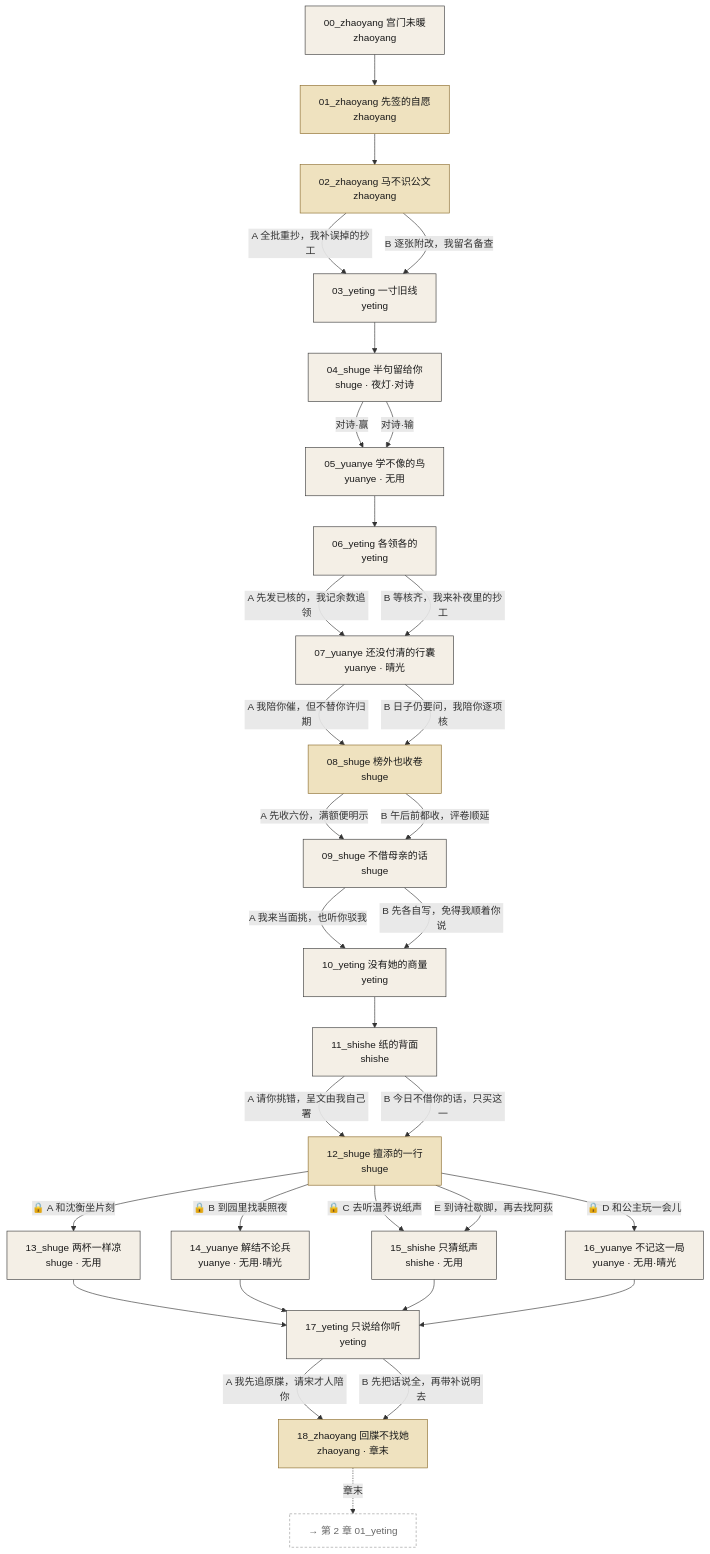
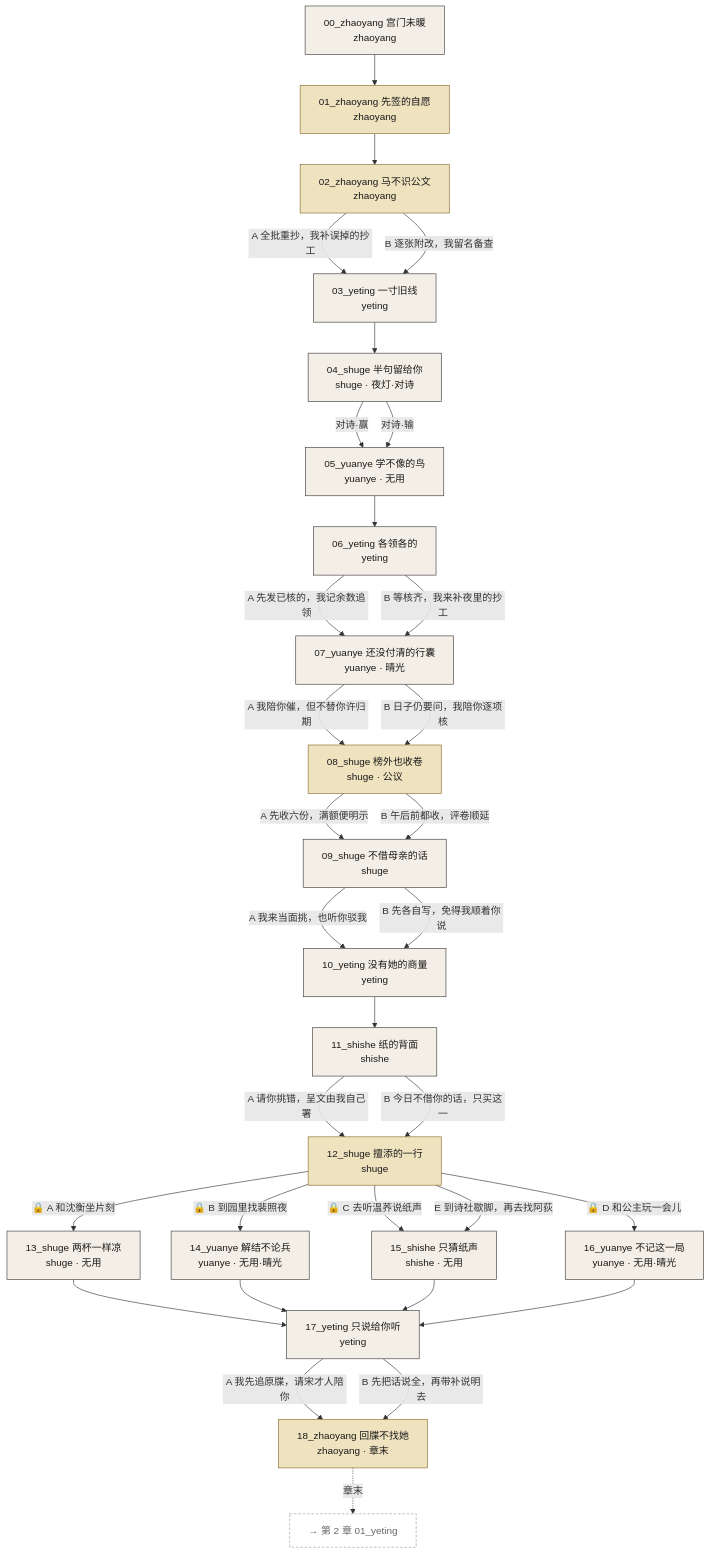
One commit to Yidizhu/wuzetian changed the first of 4 diagrams in docs/story-graph.md. Above: the diagram before and after it, drawn with Mermaid. The commit also changed other lines of this file and 7 other files, not shown here.

````diff
--- a/docs/story-graph.md
+++ b/docs/story-graph.md
@@ -19,58 +19,58 @@
 ```mermaid
 flowchart TD
   classDef ink fill:#f4efe6,stroke:#3a3a3a,color:#1a1a1a
   classDef gold fill:#efe2bf,stroke:#8a6a2a,color:#1a1a1a
   classDef orphan stroke:#b23a2a,stroke-width:3px
   classDef pending fill:#ffffff,stroke:#999,stroke-dasharray:4 3,color:#666
   ch01_s00_zhaoyang["00_zhaoyang 宫门未暖<br/>zhaoyang"]:::ink
   ch01_s01_zhaoyang["01_zhaoyang 先签的自愿<br/>zhaoyang"]:::gold
   ch01_s02_zhaoyang["02_zhaoyang 马不识公文<br/>zhaoyang"]:::gold
   ch01_s03_yeting["03_yeting 一寸旧线<br/>yeting"]:::ink
   ch01_s04_shuge["04_shuge 半句留给你<br/>shuge · 夜灯·对诗"]:::ink
   ch01_s05_yuanye["05_yuanye 学不像的鸟<br/>yuanye · 无用"]:::ink
   ch01_s06_yeting["06_yeting 各领各的<br/>yeting"]:::ink
   ch01_s07_yuanye["07_yuanye 还没付清的行囊<br/>yuanye · 晴光"]:::ink
-  ch01_s08_shuge["08_shuge 榜外也收卷<br/>shuge"]:::gold
+  ch01_s08_shuge["08_shuge 榜外也收卷<br/>shuge · 公议"]:::gold
   ch01_s09_shuge["09_shuge 不借母亲的话<br/>shuge"]:::ink
   ch01_s10_yeting["10_yeting 没有她的商量<br/>yeting"]:::ink
   ch01_s11_shishe["11_shishe 纸的背面<br/>shishe"]:::ink
   ch01_s12_shuge["12_shuge 擅添的一行<br/>shuge"]:::gold
   ch01_s13_shuge["13_shuge 两杯一样凉<br/>shuge · 无用"]:::ink
   ch01_s14_yuanye["14_yuanye 解结不论兵<br/>yuanye · 无用·晴光"]:::ink
   ch01_s15_shishe["15_shishe 只猜纸声<br/>shishe · 无用"]:::ink
   ch01_s16_yuanye["16_yuanye 不记这一局<br/>yuanye · 无用·晴光"]:::ink
   ch01_s17_yeting["17_yeting 只说给你听<br/>yeting"]:::ink
   ch01_s18_zhaoyang["18_zhaoyang 回牒不找她<br/>zhaoyang · 章末"]:::gold
   ch01_s00_zhaoyang --> ch01_s01_zhaoyang
   ch01_s01_zhaoyang --> ch01_s02_zhaoyang
   ch01_s02_zhaoyang -->|"A 全批重抄，我补误掉的抄工"| ch01_s03_yeting
   ch01_s02_zhaoyang -->|"B 逐张附改，我留名备查"| ch01_s03_yeting
   ch01_s03_yeting --> ch01_s04_shuge
   ch01_s04_shuge -->|"对诗·赢"| ch01_s05_yuanye
   ch01_s04_shuge -->|"对诗·输"| ch01_s05_yuanye
   ch01_s05_yuanye --> ch01_s06_yeting
   ch01_s06_yeting -->|"A 先发已核的，我记余数追领"| ch01_s07_yuanye
   ch01_s06_yeting -->|"B 等核齐，我来补夜里的抄工"| ch01_s07_yuanye
   ch01_s07_yuanye -->|"A 我陪你催，但不替你许归期"| ch01_s08_shuge
   ch01_s07_yuanye -->|"B 日子仍要问，我陪你逐项核"| ch01_s08_shuge
   ch01_s08_shuge -->|"A 先收六份，满额便明示"| ch01_s09_shuge
   ch01_s08_shuge -->|"B 午后前都收，评卷顺延"| ch01_s09_shuge
   ch01_s09_shuge -->|"A 我来当面挑，也听你驳我"| ch01_s10_yeting
   ch01_s09_shuge -->|"B 先各自写，免得我顺着你说"| ch01_s10_yeting
   ch01_s10_yeting --> ch01_s11_shishe
   ch01_s11_shishe -->|"A 请你挑错，呈文由我自己署"| ch01_s12_shuge
   ch01_s11_shishe -->|"B 今日不借你的话，只买这一"| ch01_s12_shuge
   ch01_s12_shuge -->|"🔒 A 和沈衡坐片刻"| ch01_s13_shuge
   ch01_s12_shuge -->|"🔒 B 到园里找裴照夜"| ch01_s14_yuanye
   ch01_s12_shuge -->|"🔒 C 去听温荞说纸声"| ch01_s15_shishe
   ch01_s12_shuge -->|"🔒 D 和公主玩一会儿"| ch01_s16_yuanye
   ch01_s12_shuge -->|"E 到诗社歇脚，再去找阿荻"| ch01_s15_shishe
   ch01_s13_shuge --> ch01_s17_yeting
   ch01_s14_yuanye --> ch01_s17_yeting
   ch01_s15_shishe --> ch01_s17_yeting
   ch01_s16_yuanye --> ch01_s17_yeting
   ch01_s17_yeting -->|"A 我先追原牒，请宋才人陪你"| ch01_s18_zhaoyang
   ch01_s17_yeting -->|"B 先把话说全，再带补说明去"| ch01_s18_zhaoyang
   ch01_s18_zhaoyang -.->|"章末"| ch02_s01_yeting
   ch02_s01_yeting["→ 第 2 章 01_yeting"]:::pending
 ```
````
